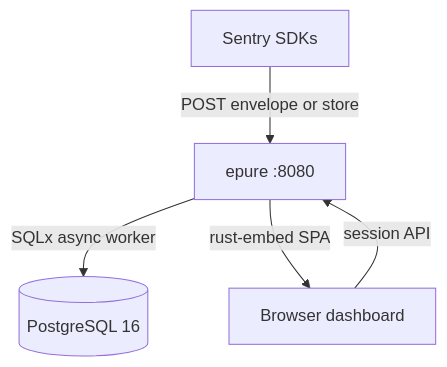
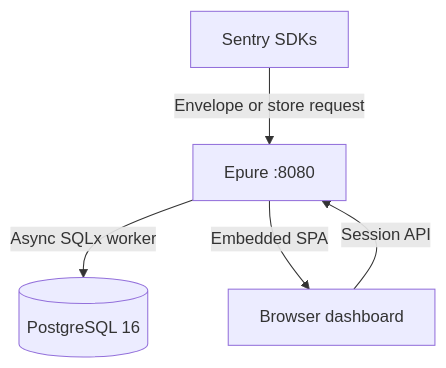
Before and after one commit to epure-sh/epure: the diagram in launch-docs/out/README.md, drawn with Mermaid. The commit also changed other lines of this file and 82 other files, not shown here.

Commit message:
feat: preview projects on register, charts, and seed.sh

````diff
--- a/launch-docs/out/README.md
+++ b/launch-docs/out/README.md
@@ -116,7 +171,7 @@
 ```mermaid
 graph TD
-  SDK[Sentry SDKs] -->|POST envelope or store| EPURE[epure :8080]
-  Browser[Browser dashboard] -->|session API| EPURE
-  EPURE -->|SQLx async worker| PG[(PostgreSQL 16)]
-  EPURE -->|rust-embed SPA| Browser
+  SDK[Sentry SDKs] -->|Envelope or store request| EPURE[Epure :8080]
+  Browser[Browser dashboard] -->|Session API| EPURE
+  EPURE -->|Async SQLx worker| PG[(PostgreSQL 16)]
+  EPURE -->|Embedded SPA| Browser
 ```
````
